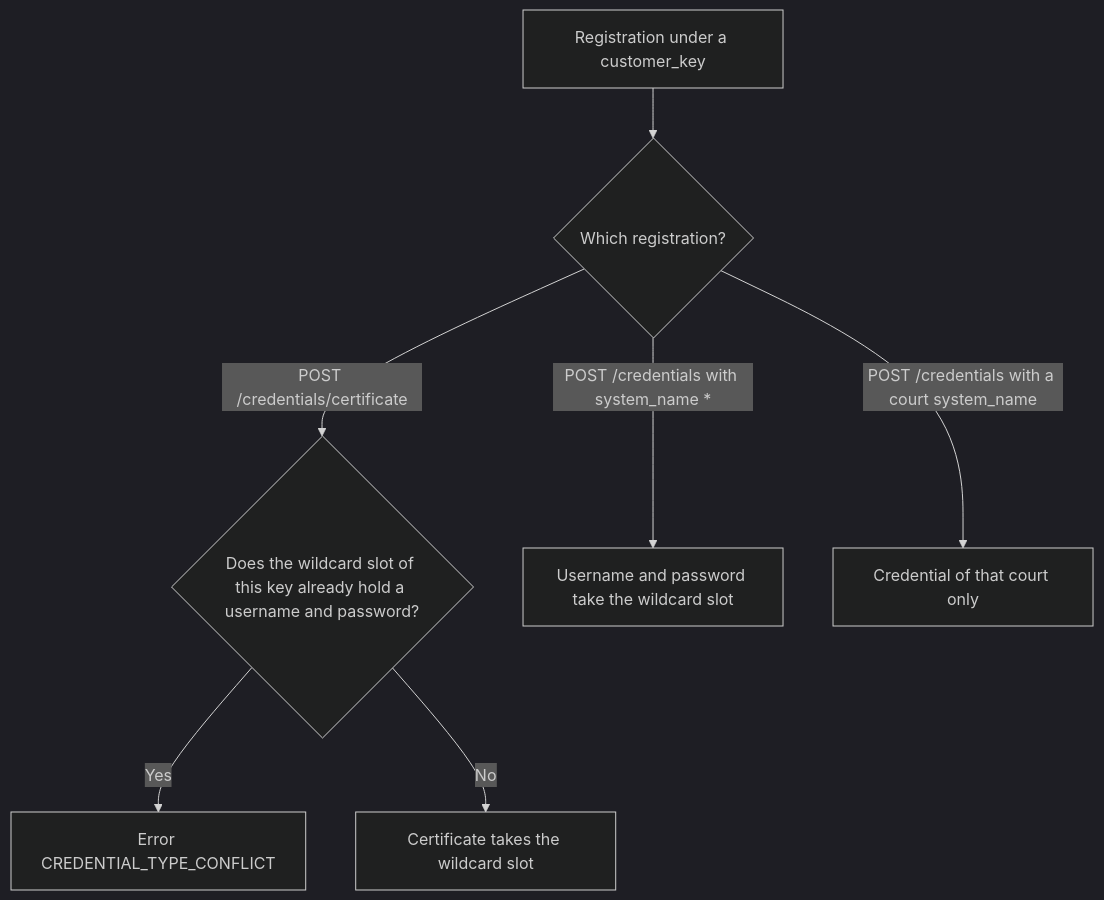
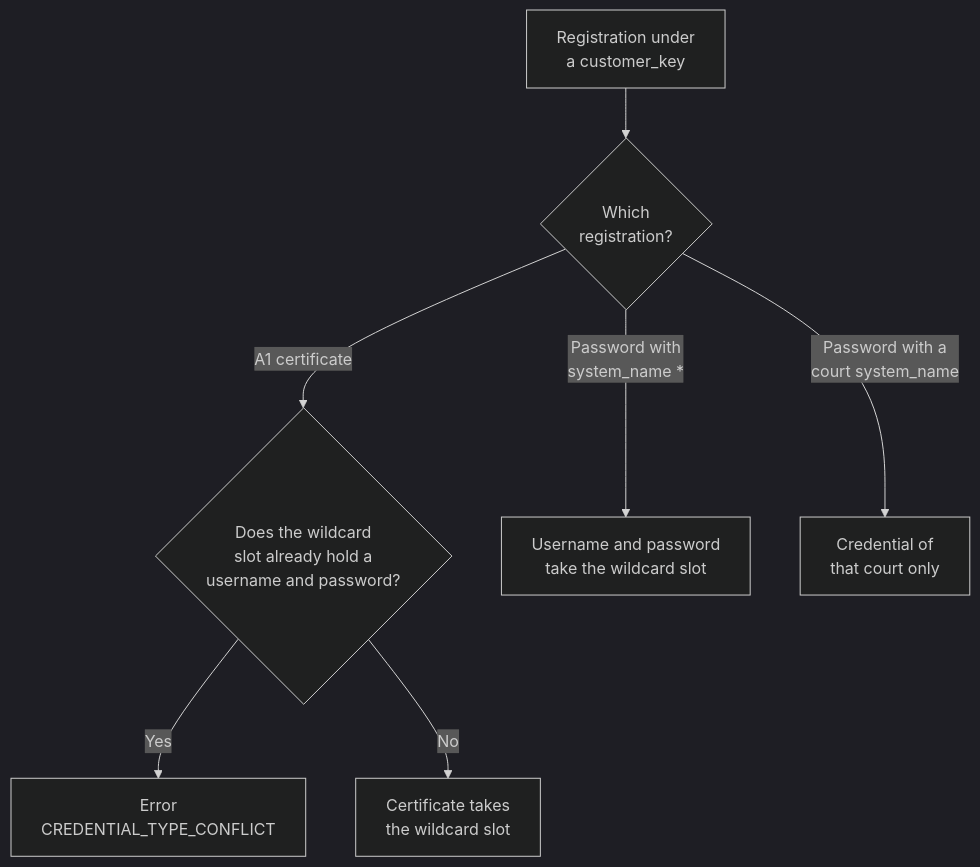
One commit to abdallaJUDIT/docs changed the third of 4 diagrams in en/essentials/cofre-de-credenciais.mdx. Above: the diagram before and after it, drawn with Mermaid (dark theme). The commit also changed other lines of this file and 1 other file, not shown here.

Commit message:
fix(cofre): quebra os rótulos longos dos fluxogramas
Os textos dos fluxogramas da credencial coringa e do Passo 1 saíam
cortados na renderização. Quebra as frases em linhas curtas com <br/>
e encurta as setas do fluxograma de cadastro (PT e EN).

````diff
--- a/en/essentials/cofre-de-credenciais.mdx
+++ b/en/essentials/cofre-de-credenciais.mdx
@@ -371,9 +371,9 @@
 ```mermaid
 flowchart TD
-    A[Registration under a customer_key] --> B{Which registration?}
-    B -->|POST /credentials/certificate| C{Does the wildcard slot of this key already hold a username and password?}
-    C -->|Yes| D[Error CREDENTIAL_TYPE_CONFLICT]
-    C -->|No| E[Certificate takes the wildcard slot]
-    B -->|POST /credentials with system_name *| F[Username and password take the wildcard slot]
-    B -->|POST /credentials with a court system_name| G[Credential of that court only]
+    A[Registration under<br/>a customer_key] --> B{Which<br/>registration?}
+    B -->|A1 certificate| C{Does the wildcard<br/>slot already hold a<br/>username and password?}
+    C -->|Yes| D[Error<br/>CREDENTIAL_TYPE_CONFLICT]
+    C -->|No| E[Certificate takes<br/>the wildcard slot]
+    B -->|Password with<br/>system_name *| F[Username and password<br/>take the wildcard slot]
+    B -->|Password with a<br/>court system_name| G[Credential of<br/>that court only]
 ```
````
